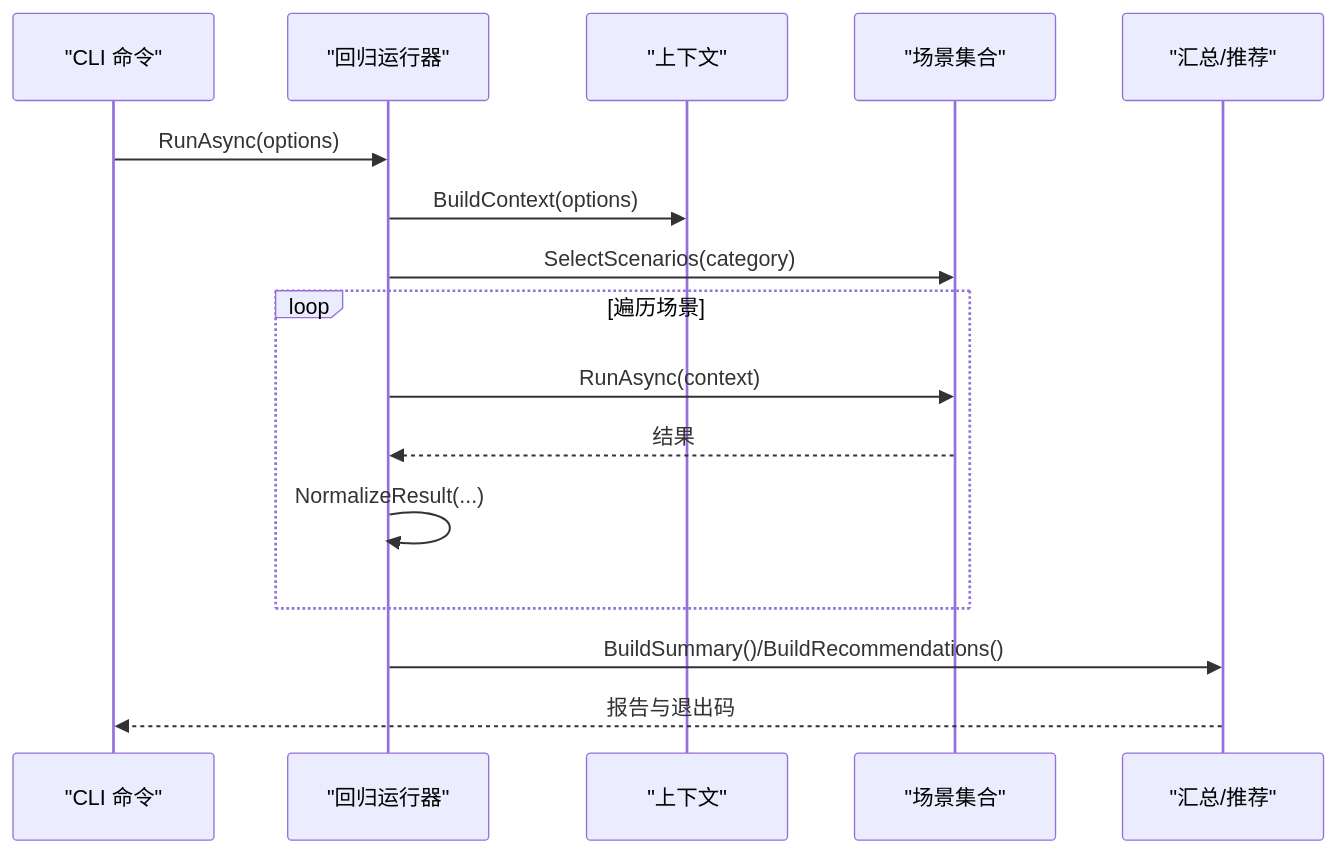
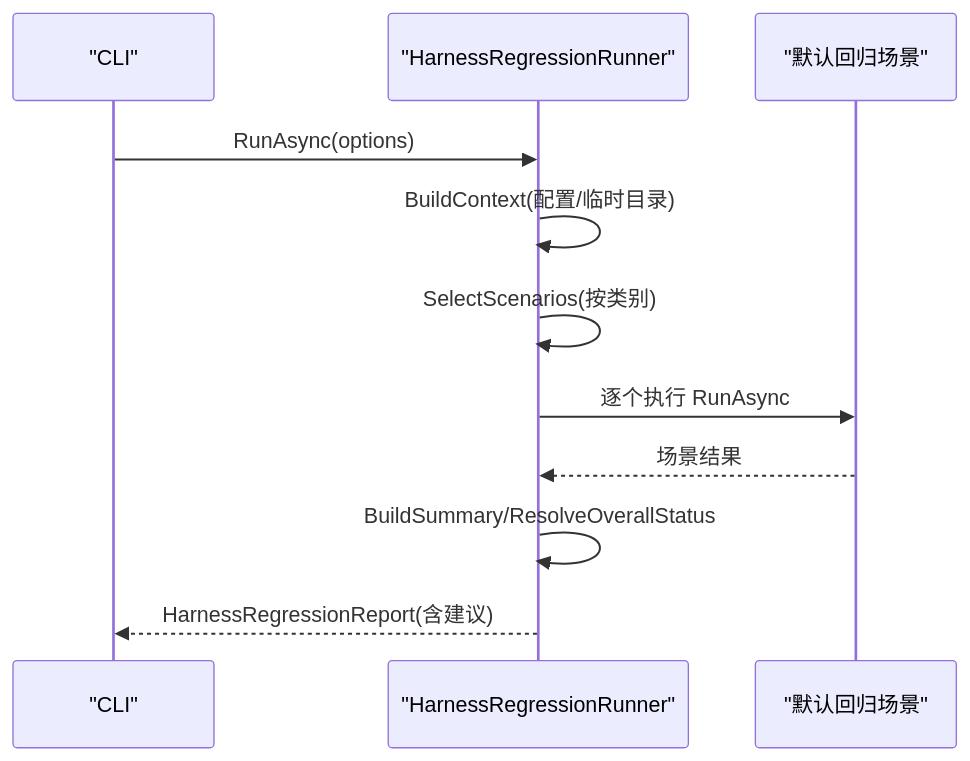
The eighth of 9 diagrams in .qoder/repowiki/zh/content/测试框架/测试框架.md (wayyet/kingcrab), drawn with Mermaid before and after one commit. The commit also changed other lines of this file and 431 other files, not shown here.

````diff
--- a/.qoder/repowiki/zh/content/测试框架/测试框架.md
+++ b/.qoder/repowiki/zh/content/测试框架/测试框架.md
@@ -267,18 +351,13 @@
 ```mermaid
 sequenceDiagram
-participant CLI as "CLI 命令"
-participant Runner as "回归运行器"
-participant Ctx as "上下文"
-participant Scn as "场景集合"
-participant Sum as "汇总/推荐"
+participant CLI as "CLI"
+participant Runner as "HarnessRegressionRunner"
+participant Scenarios as "默认回归场景"
 CLI->>Runner : RunAsync(options)
-Runner->>Ctx : BuildContext(options)
-Runner->>Scn : SelectScenarios(category)
-loop 遍历场景
-Runner->>Scn : RunAsync(context)
-Scn-->>Runner : 结果
-Runner->>Runner : NormalizeResult(...)
-end
-Runner->>Sum : BuildSummary()/BuildRecommendations()
-Sum-->>CLI : 报告与退出码
+Runner->>Runner : BuildContext(配置/临时目录)
+Runner->>Runner : SelectScenarios(按类别)
+Runner->>Scenarios : 逐个执行 RunAsync
+Scenarios-->>Runner : 场景结果
+Runner->>Runner : BuildSummary/ResolveOverallStatus
+Runner-->>CLI : HarnessRegressionReport(含建议)
 ```
````
